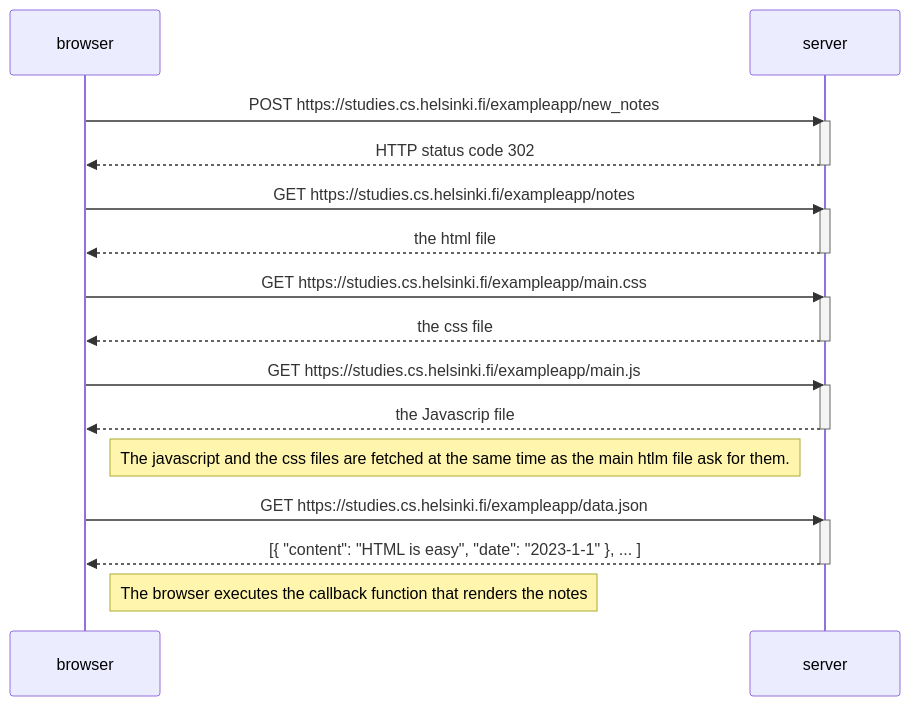
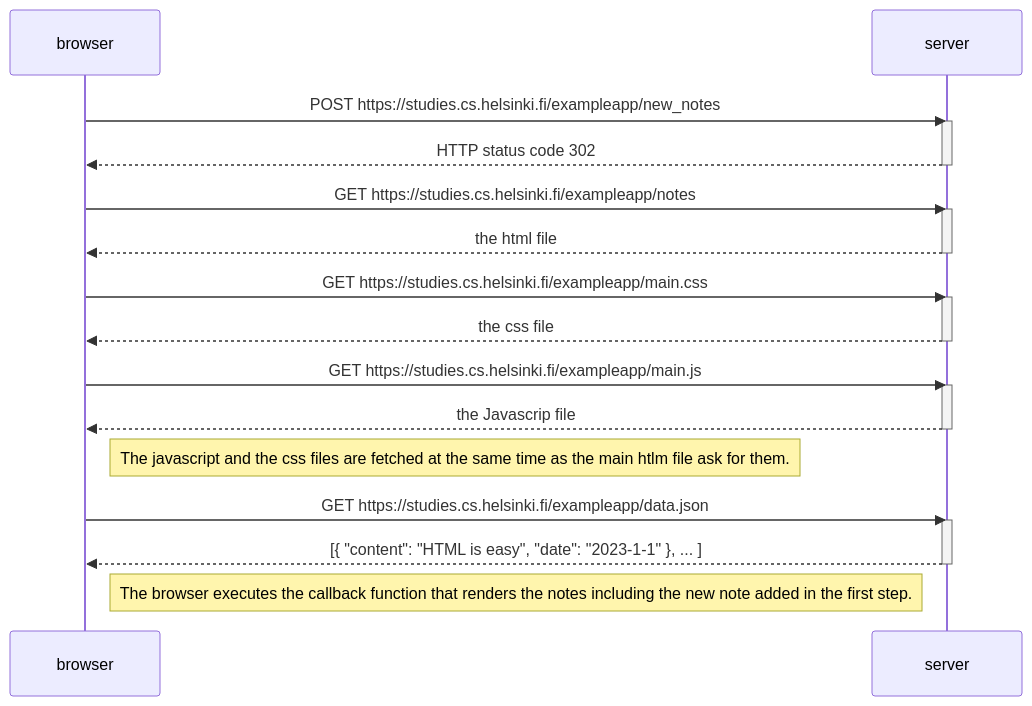
The diagram in 0.4: New note diagram.md (JoaquinCordovaPucp/fullstackopen), drawn with Mermaid before and after one commit.

Commit message:
Small correction in the last step.

````diff
--- a/0.4: New note diagram.md
+++ b/0.4: New note diagram.md
@@ -1,34 +1,34 @@
 ```mermaid
 sequenceDiagram
     participant browser
     participant server
 
     browser->>server: POST https://studies.cs.helsinki.fi/exampleapp/new_notes
     activate server
     server-->>browser: HTTP status code 302
     deactivate server
 
     browser->>server: GET https://studies.cs.helsinki.fi/exampleapp/notes
     activate server
     server-->>browser: the html file
     deactivate server
 
     browser->>server: GET https://studies.cs.helsinki.fi/exampleapp/main.css
     activate server
     server-->>browser: the css file
     deactivate server
 
     browser->>server: GET https://studies.cs.helsinki.fi/exampleapp/main.js
     activate server
     server-->>browser: the Javascrip file
     deactivate server
 
     Note right of browser: The javascript and the css files are fetched at the same time as the main htlm file ask for them.
 
     browser->>server: GET https://studies.cs.helsinki.fi/exampleapp/data.json
     activate server
     server-->>browser: [{ "content": "HTML is easy", "date": "2023-1-1" }, ... ]
     deactivate server
 
-    Note right of browser: The browser executes the callback function that renders the notes
+    Note right of browser: The browser executes the callback function that renders the notes including the new note added in the first step.
 ```
````
